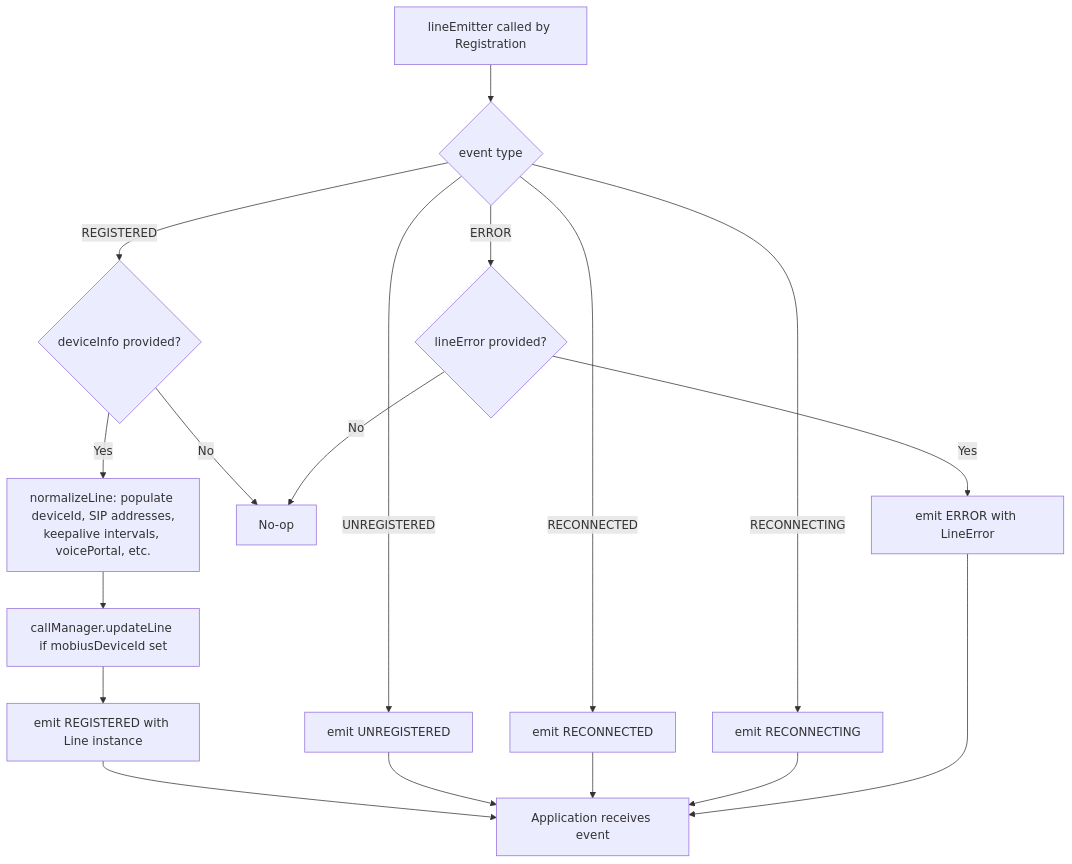
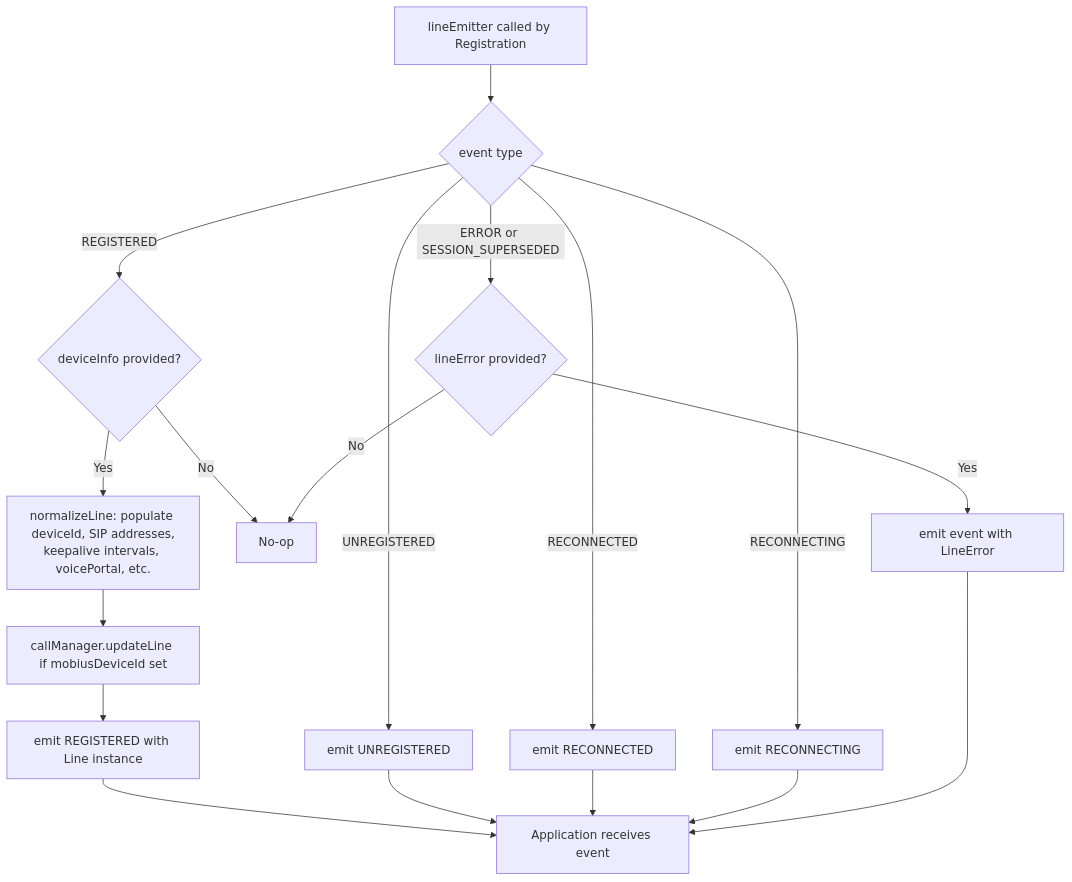
One commit to webex/webex-js-sdk changed the second of 4 diagrams in packages/calling/src/CallingClient/line/ai-docs/ARCHITECTURE.md. Above: the diagram before and after it, drawn with Mermaid. The commit also changed 18 other files, not shown here.

````diff
--- a/packages/calling/src/CallingClient/line/ai-docs/ARCHITECTURE.md
+++ b/packages/calling/src/CallingClient/line/ai-docs/ARCHITECTURE.md
@@ -67,24 +67,24 @@
 ```mermaid
 flowchart TD
   A[lineEmitter called by Registration] --> B{event type}
 
   B -->|REGISTERED| C{deviceInfo provided?}
   C -- Yes --> D[normalizeLine: populate deviceId, SIP addresses,<br/>keepalive intervals, voicePortal, etc.]
   D --> E[callManager.updateLine if mobiusDeviceId set]
   E --> F[emit REGISTERED with Line instance]
   C -- No --> Z[No-op]
 
   B -->|UNREGISTERED| G[emit UNREGISTERED]
   B -->|RECONNECTED| H[emit RECONNECTED]
   B -->|RECONNECTING| I[emit RECONNECTING]
 
-  B -->|ERROR| J{lineError provided?}
-  J -- Yes --> K[emit ERROR with LineError]
+  B -->|ERROR or SESSION_SUPERSEDED| J{lineError provided?}
+  J -- Yes --> K[emit event with LineError]
   J -- No --> Z
 
   F --> APP[Application receives event]
   G --> APP
   H --> APP
   I --> APP
   K --> APP
 ```
````
